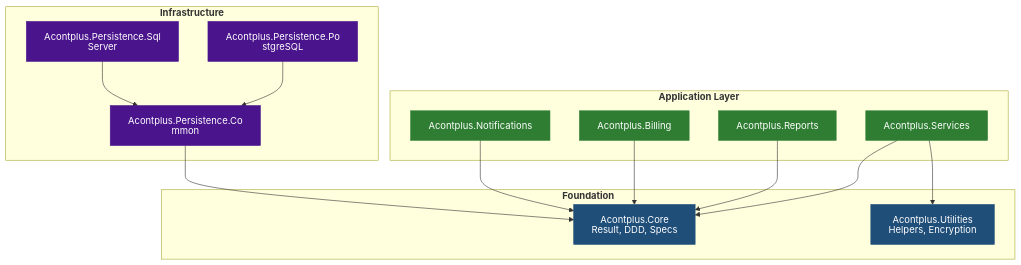
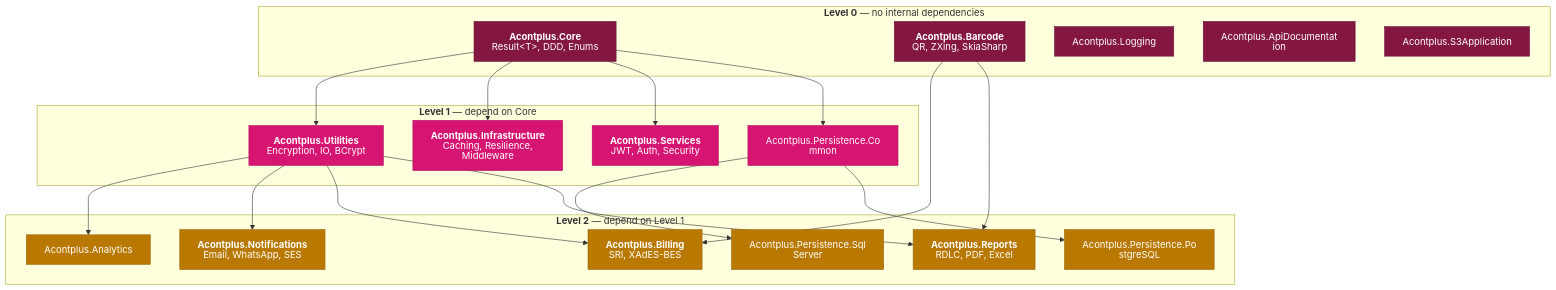
Before and after one commit to acontplus/acontplus-dotnet-libs: the first of 2 diagrams in .kiro/skills/architecture-diagram/SKILL.md, drawn with Mermaid. The commit also changed other lines of this file and 14 other files, not shown here.

First line of the commit message:
docs(wiki): enhance architecture documentation and streamline CI/CD workflows (#170)

````diff
--- a/.kiro/skills/architecture-diagram/SKILL.md
+++ b/.kiro/skills/architecture-diagram/SKILL.md
@@ -83,40 +118,58 @@
 ```mermaid
 ---
 config:
   htmlLabels: false
 ---
 flowchart TD
-  subgraph foundation["`**Foundation**`"]
-    core["`Acontplus.Core
-    Result, DDD, Specs`"]
-    utilities["`Acontplus.Utilities
-    Helpers, Encryption`"]
-  end
-  subgraph app["`**Application Layer**`"]
-    notifications[Acontplus.Notifications]
-    billing[Acontplus.Billing]
-    reports[Acontplus.Reports]
-    services[Acontplus.Services]
-  end
-  subgraph infra["`**Infrastructure**`"]
-    persistence_common[Acontplus.Persistence.Common]
-    persistence_sql[Acontplus.Persistence.SqlServer]
-    persistence_pg[Acontplus.Persistence.PostgreSQL]
+  subgraph l0["`**Level 0** — no internal dependencies`"]
+    Core["`**Acontplus.Core**
+    Result&lt;T&gt;, DDD, Enums`"]
+    Barcode["`**Acontplus.Barcode**
+    QR, ZXing, SkiaSharp`"]
+    Logging[Acontplus.Logging]
+    ApiDocs[Acontplus.ApiDocumentation]
+    S3[Acontplus.S3Application]
   end
 
-  notifications --> core
-  billing --> core
-  reports --> core
-  services --> core
-  services --> utilities
-  persistence_common --> core
-  persistence_sql --> persistence_common
-  persistence_pg --> persistence_common
+  subgraph l1["`**Level 1** — depend on Core`"]
+    Utilities["`**Acontplus.Utilities**
+    Encryption, IO, BCrypt`"]
+    Infrastructure["`**Acontplus.Infrastructure**
+    Caching, Resilience, Middleware`"]
+    Services["`**Acontplus.Services**
+    JWT, Auth, Security`"]
+    PersCommon[Acontplus.Persistence.Common]
+  end
 
-  classDef foundation fill:#1f4e79,color:#fff,stroke:#1f4e79
-  classDef app fill:#2e7d32,color:#fff,stroke:#2e7d32
-  classDef infra fill:#4a148c,color:#fff,stroke:#4a148c
-  class core,utilities foundation
-  class notifications,billing,reports,services app
-  class persistence_common,persistence_sql,persistence_pg infra
+  subgraph l2["`**Level 2** — depend on Level 1`"]
+    Analytics[Acontplus.Analytics]
+    Notifications["`**Acontplus.Notifications**
+    Email, WhatsApp, SES`"]
+    Billing["`**Acontplus.Billing**
+    SRI, XAdES-BES`"]
+    Reports["`**Acontplus.Reports**
+    RDLC, PDF, Excel`"]
+    PersSQL[Acontplus.Persistence.SqlServer]
+    PersPG[Acontplus.Persistence.PostgreSQL]
+  end
+
+  Core --> Utilities
+  Core --> Infrastructure
+  Core --> Services
+  Core --> PersCommon
+  Barcode --> Billing
+  Barcode --> Reports
+  Utilities --> Analytics
+  Utilities --> Notifications
+  Utilities --> Billing
+  Utilities --> Reports
+  PersCommon --> PersSQL
+  PersCommon --> PersPG
+
+  classDef l0 fill:#831742,color:#fff,stroke:#6a1235
+  classDef l1 fill:#d61572,color:#fff,stroke:#b01260
+  classDef l2 fill:#b97800,color:#fff,stroke:#9a6400
+  class Core,Barcode,Logging,ApiDocs,S3 l0
+  class Utilities,Infrastructure,Services,PersCommon l1
+  class Analytics,Notifications,Billing,Reports,PersSQL,PersPG l2
 ```
````
